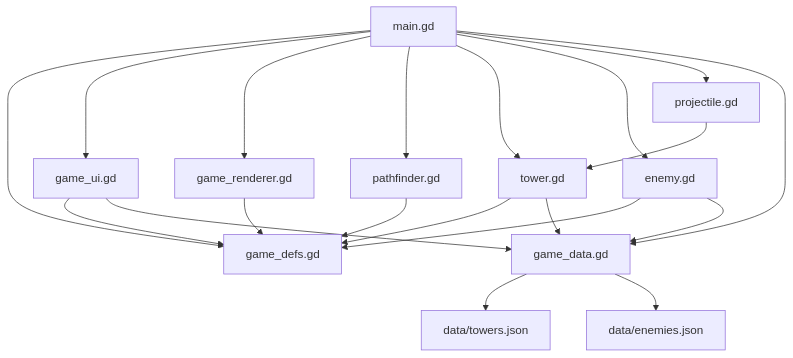
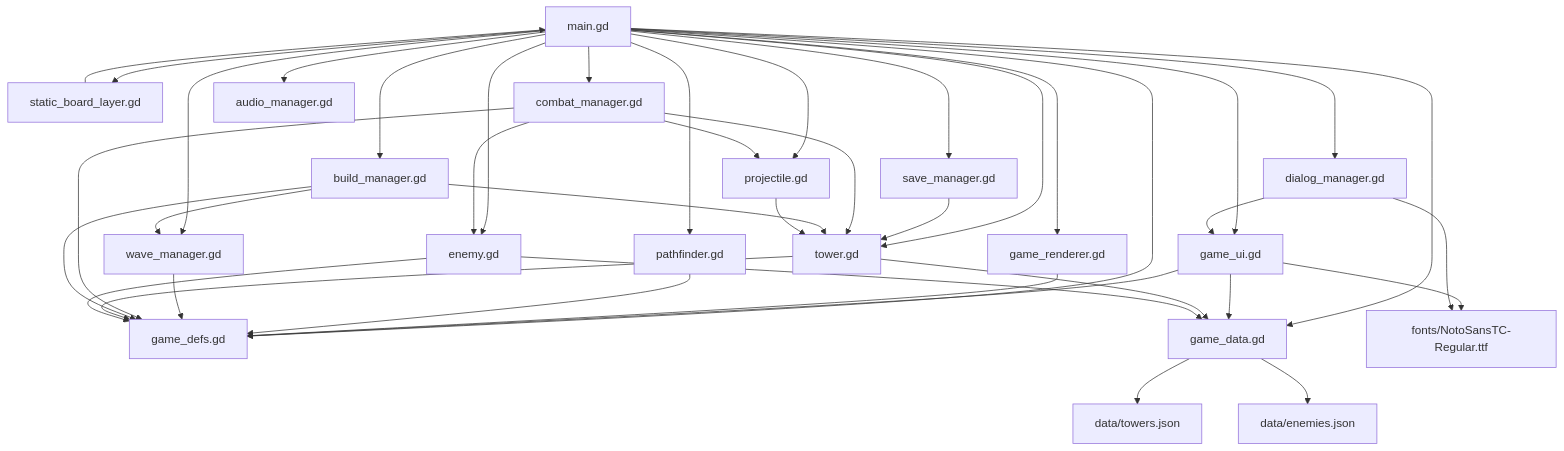
The diagram in tower_defense_godot/docs/GAME_LOGIC.md (lowlow33323-hub/TD_2026), drawn with Mermaid before and after one commit. The commit also changed other lines of this file and 11 other files, not shown here.

````diff
--- a/tower_defense_godot/docs/GAME_LOGIC.md
+++ b/tower_defense_godot/docs/GAME_LOGIC.md
@@ -37,36 +53,63 @@
 ```mermaid
 flowchart TD
 	Main["main.gd"]
 	Defs["game_defs.gd"]
 	Data["game_data.gd"]
 	UI["game_ui.gd"]
 	Renderer["game_renderer.gd"]
+	StaticLayer["static_board_layer.gd"]
 	Pathfinder["pathfinder.gd"]
+	Wave["wave_manager.gd"]
+	Save["save_manager.gd"]
+	Combat["combat_manager.gd"]
+	Build["build_manager.gd"]
+	Audio["audio_manager.gd"]
+	Dialog["dialog_manager.gd"]
 	Tower["tower.gd"]
 	Enemy["enemy.gd"]
 	Projectile["projectile.gd"]
 	TowersJson["data/towers.json"]
 	EnemiesJson["data/enemies.json"]
 
-	Main --> Defs
 	Main --> UI
 	Main --> Renderer
+	Main --> StaticLayer
 	Main --> Pathfinder
+	Main --> Wave
+	Main --> Save
+	Main --> Combat
+	Main --> Build
+	Main --> Audio
+	Main --> Dialog
 	Main --> Tower
 	Main --> Enemy
 	Main --> Projectile
 	Main --> Data
+	Main --> Defs
 
 	UI --> Defs
 	UI --> Data
+	UI --> GameFont["fonts/NotoSansTC-Regular.ttf"]
 	Renderer --> Defs
+	StaticLayer --> Main
 	Pathfinder --> Defs
+	Wave --> Defs
+	Save --> Tower
+	Combat --> Defs
+	Combat --> Projectile
+	Combat --> Enemy
+	Combat --> Tower
+	Build --> Defs
+	Build --> Tower
+	Build --> Wave
+	Dialog --> UI
+	Dialog --> GameFont
 	Tower --> Defs
 	Tower --> Data
 	Enemy --> Defs
 	Enemy --> Data
 	Projectile --> Tower
 
 	Data --> TowersJson
 	Data --> EnemiesJson
 ```
````
